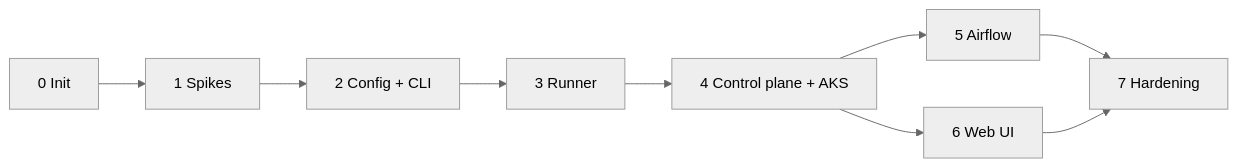
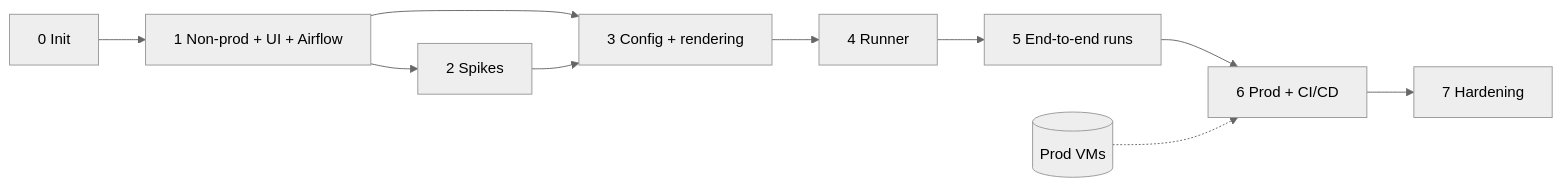
One commit to thanhphat2609/data-onboarding-ingestion changed the diagram in docs/roadmap.md. Above: the diagram before and after it, drawn with Mermaid (neutral theme). The commit also changed other lines of this file and 102 other files, not shown here.

````diff
--- a/docs/roadmap.md
+++ b/docs/roadmap.md
@@ -20,8 +20,8 @@
 ```mermaid
 flowchart LR
-    P0[0 Init] --> P1[1 Spikes] --> P2[2 Config + CLI] --> P3[3 Runner] --> P4[4 Control plane + AKS]
-    P4 --> P5[5 Airflow]
-    P4 --> P6[6 Web UI]
-    P5 --> P7[7 Hardening]
-    P6 --> P7
+    P0[0 Init] --> P1[1 Non-prod + UI + Airflow] --> P3[3 Config + rendering] --> P4[4 Runner] --> P5[5 End-to-end runs]
+    P1 --> P2[2 Spikes] --> P3
+    P5 --> P6[6 Prod + CI/CD]
+    VM[(Prod VMs)] -.-> P6
+    P6 --> P7[7 Hardening]
 ```
````
